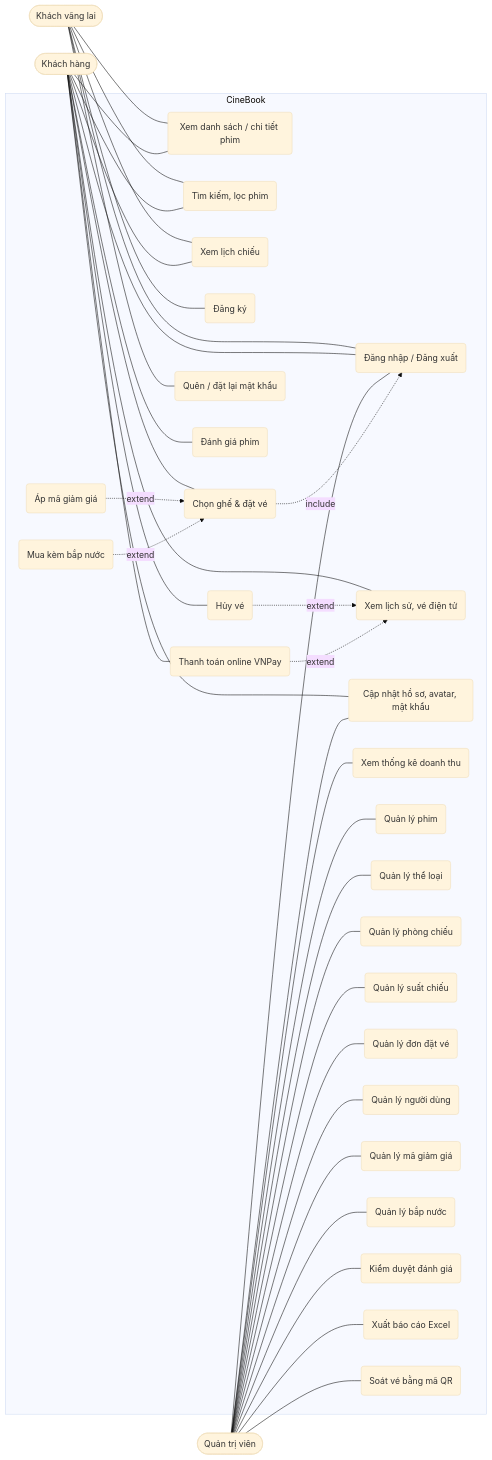
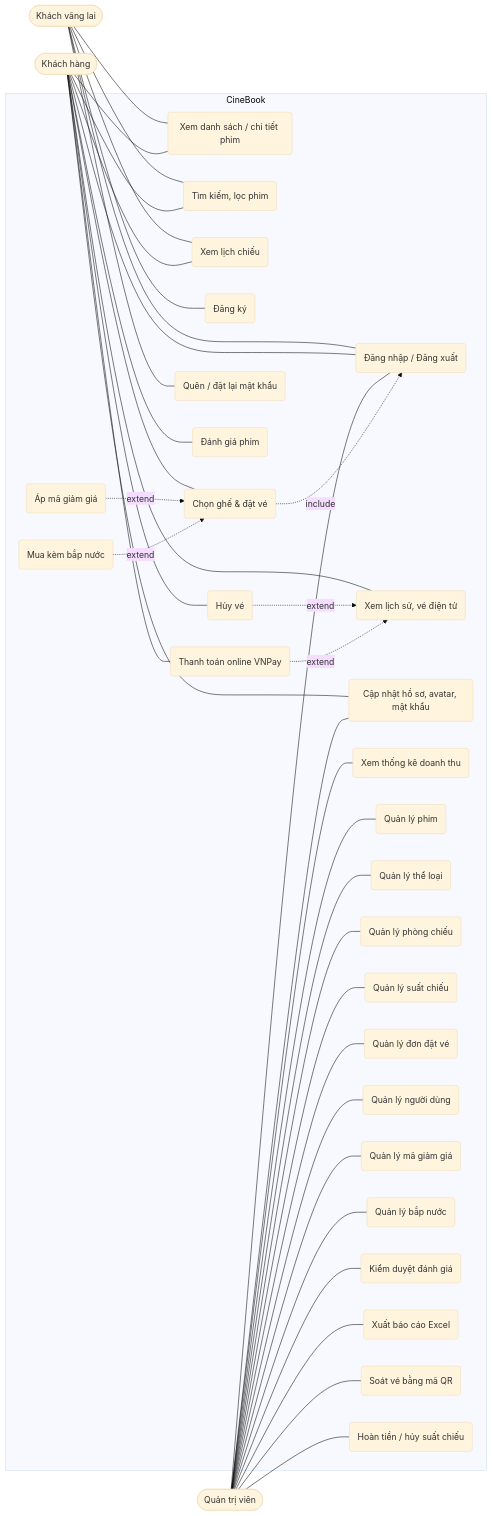
One commit to Leanhoangy/CineBook changed the second of 2 diagrams in docs/THIET_KE.md. Above: the diagram before and after it, drawn with Mermaid (base theme). The commit also changed other lines of this file and 31 other files, not shown here.

Commit message:
Hoàn tiền vé: admin hủy vé & hoàn qua API VNPay hoặc ghi nhận hoàn thủ công, rạp hủy cả suất chiếu (hủy vé, hoàn tiền, email khách, xóa mềm suất), ghi nhận tiền trả cho vé đã hủy thành Chờ hoàn tiền, cảnh báo ở Dashboard

````diff
--- a/docs/THIET_KE.md
+++ b/docs/THIET_KE.md
@@ -169,44 +174,45 @@
 ```mermaid
 flowchart LR
     Guest([Khách vãng lai])
     User([Khách hàng])
     Admin([Quản trị viên])
 
     subgraph CineBook
         UC1(Xem danh sách / chi tiết phim)
         UC2(Tìm kiếm, lọc phim)
         UC3(Xem lịch chiếu)
         UC4(Đăng ký)
         UC5(Đăng nhập / Đăng xuất)
         UC6(Chọn ghế & đặt vé)
         UC7(Xem lịch sử, vé điện tử)
         UC8(Hủy vé)
         UC9(Cập nhật hồ sơ, avatar, mật khẩu)
         UC10(Xem thống kê doanh thu)
         UC11(Quản lý phim)
         UC12(Quản lý thể loại)
         UC13(Quản lý phòng chiếu)
         UC14(Quản lý suất chiếu)
         UC15(Quản lý đơn đặt vé)
         UC16(Quản lý người dùng)
         UC17(Quên / đặt lại mật khẩu)
         UC18(Đánh giá phim)
         UC19(Áp mã giảm giá)
         UC20(Quản lý mã giảm giá)
         UC25(Mua kèm bắp nước)
         UC26(Quản lý bắp nước)
         UC21(Kiểm duyệt đánh giá)
         UC22(Xuất báo cáo Excel)
         UC23(Thanh toán online VNPay)
         UC24(Soát vé bằng mã QR)
+        UC27(Hoàn tiền / hủy suất chiếu)
     end
 
     Guest --- UC1 & UC2 & UC3 & UC4 & UC5 & UC17
     User --- UC1 & UC2 & UC3 & UC5 & UC6 & UC7 & UC8 & UC9 & UC18 & UC23
-    Admin --- UC5 & UC9 & UC10 & UC11 & UC12 & UC13 & UC14 & UC15 & UC16 & UC20 & UC21 & UC22 & UC24 & UC26
+    Admin --- UC5 & UC9 & UC10 & UC11 & UC12 & UC13 & UC14 & UC15 & UC16 & UC20 & UC21 & UC22 & UC24 & UC26 & UC27
     UC6 -. include .-> UC5
     UC19 -. extend .-> UC6
     UC25 -. extend .-> UC6
     UC8 -. extend .-> UC7
     UC23 -. extend .-> UC7
 ```
````
